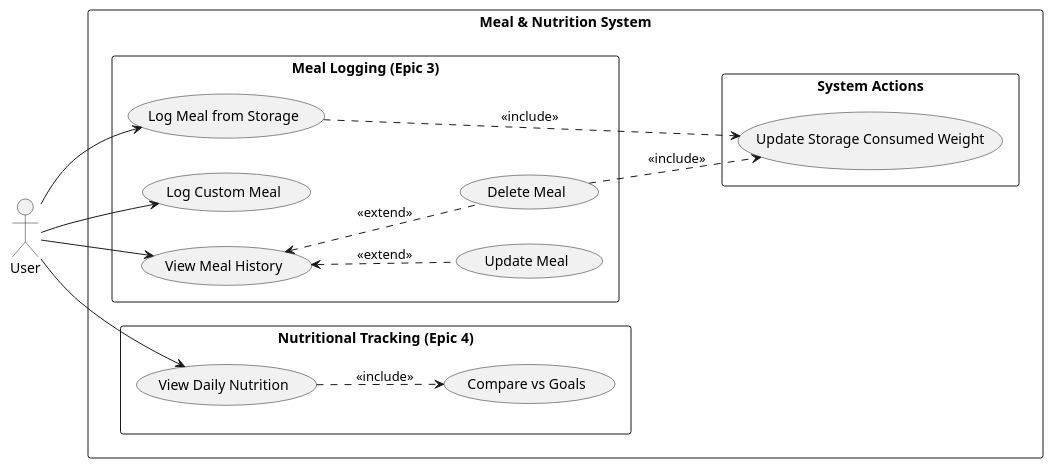
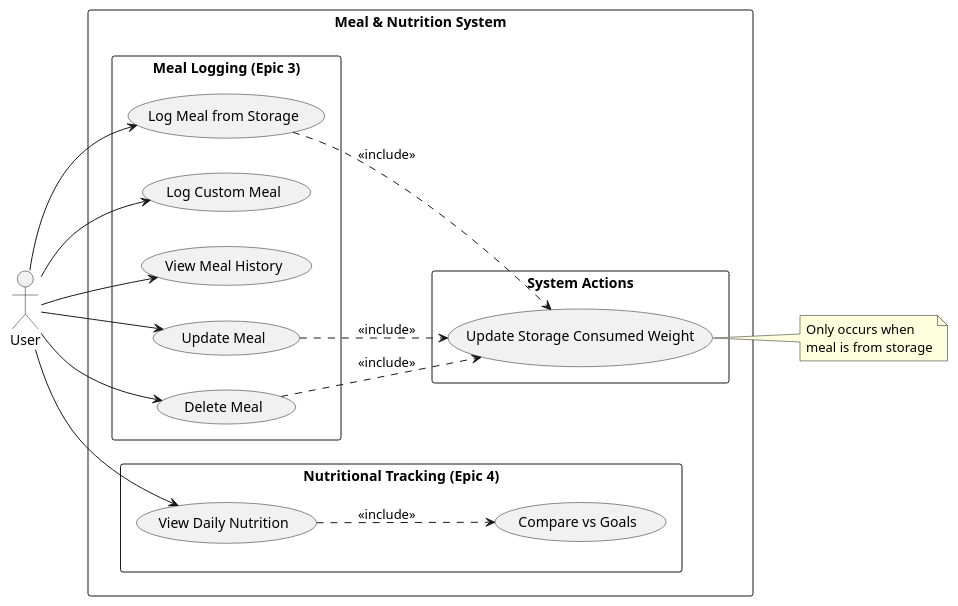
One commit to alfredbrannare/automagic-foodtracker-backend changed the diagram in docs/system_documentation/diagrams/usecase/meals_management.puml. Above: the diagram before and after it, drawn with PlantUML. The commit also changed 3 other files, not shown here.

Commit message:
docs: update diagrams

```diff
--- a/docs/system_documentation/diagrams/usecase/meals_management.puml
+++ b/docs/system_documentation/diagrams/usecase/meals_management.puml
@@ -1,42 +1,45 @@
 @startuml
 left to right direction
 skinparam packageStyle rectangle
 
 actor "User" as User
 
 rectangle "Meal & Nutrition System" {
 
   package "Meal Logging (Epic 3)" {
     usecase "Log Meal from Storage" as UC_LogStore
     usecase "Log Custom Meal" as UC_LogCustom
     usecase "View Meal History" as UC_History
     usecase "Update Meal" as UC_UpdMeal
     usecase "Delete Meal" as UC_DelMeal
   }
 
   package "Nutritional Tracking (Epic 4)" {
     usecase "View Daily Nutrition" as UC_Daily
     usecase "Compare vs Goals" as UC_CompGoals
   }
 
   package "System Actions" {
     usecase "Update Storage Consumed Weight" as UC_UpdStoreQty
   }
 }
 
 User --> UC_LogStore
 User --> UC_LogCustom
 User --> UC_History
+User --> UC_UpdMeal
+User --> UC_DelMeal
 User --> UC_Daily
 
+UC_LogStore ..> UC_UpdStoreQty : <<include>>
+UC_UpdMeal ..> UC_UpdStoreQty : <<include>>
+UC_DelMeal ..> UC_UpdStoreQty : <<include>>
 
-UC_LogStore ..> UC_UpdStoreQty : <<include>>
+note right of UC_UpdStoreQty
+  Only occurs when
+  meal is from storage
+end note
 
 UC_Daily ..> UC_CompGoals : <<include>>
 
-UC_History <.. UC_UpdMeal : <<extend>>
-UC_History <.. UC_DelMeal : <<extend>>
-
-UC_DelMeal ..> UC_UpdStoreQty : <<include>>
-
 @enduml
```
